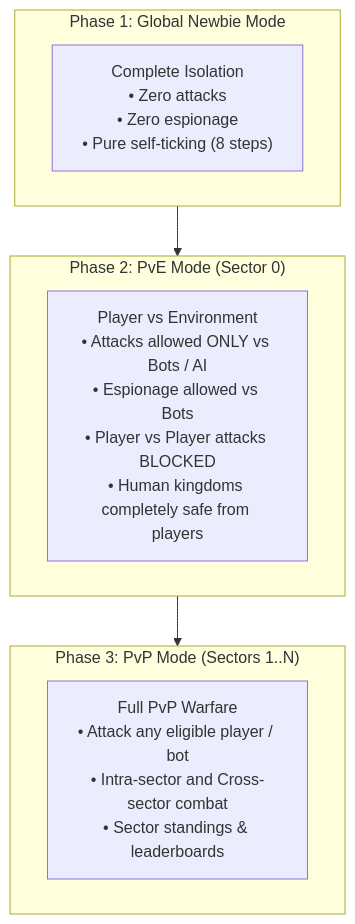
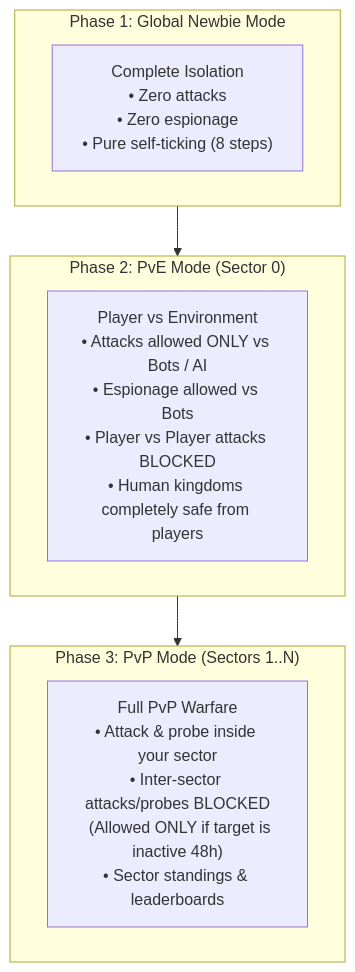
The diagram in docs/KINGDOM_INTERACTIONS.md (ricardasjak/super-kingdoms-pb), drawn with Mermaid before and after one commit. The commit also changed other lines of this file and 2 other files, not shown here.

Commit message:
docs: define intra-sector combat/probing and 48h inactive inter-sector rule

````diff
--- a/docs/KINGDOM_INTERACTIONS.md
+++ b/docs/KINGDOM_INTERACTIONS.md
@@ -12,16 +12,16 @@
 ```mermaid
 flowchart TD
     subgraph Phase1["Phase 1: Global Newbie Mode"]
         P1["Complete Isolation\n• Zero attacks\n• Zero espionage\n• Pure self-ticking (8 steps)"]
     end
 
     subgraph Phase2["Phase 2: PvE Mode (Sector 0)"]
         P2["Player vs Environment\n• Attacks allowed ONLY vs Bots / AI\n• Espionage allowed vs Bots\n• Player vs Player attacks BLOCKED\n• Human kingdoms completely safe from players"]
     end
 
     subgraph Phase3["Phase 3: PvP Mode (Sectors 1..N)"]
-        P3["Full PvP Warfare\n• Attack any eligible player / bot\n• Intra-sector and Cross-sector combat\n• Sector standings & leaderboards"]
+        P3["Full PvP Warfare\n• Attack & probe inside your sector\n• Inter-sector attacks/probes BLOCKED\n  (Allowed ONLY if target is inactive 48h)\n• Sector standings & leaderboards"]
     end
 
     Phase1 --> Phase2 --> Phase3
 ```
````
